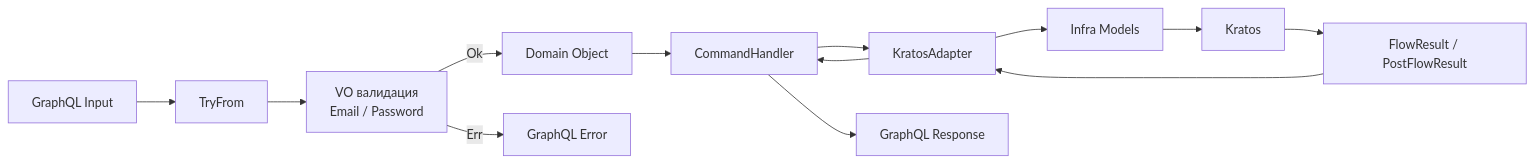
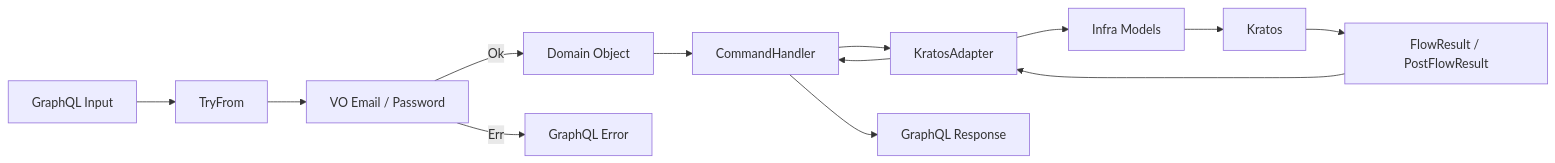
One commit to justventure/engineer-challenge changed the third of 3 diagrams in README.md. Above: the diagram before and after it, drawn with Mermaid. The commit also changed other lines of this file and 2 other files, not shown here.

````diff
--- a/README.md
+++ b/README.md
@@ -98,16 +121,22 @@
 ```mermaid
 flowchart LR
-    Input[GraphQL Input] --> TryFrom[TryFrom]
-    TryFrom --> VO["VO валидация
-Email / Password"]
+    Input[GraphQL Input]
+    Input --> TryFrom[TryFrom]
+
+    TryFrom --> VO[VO Email / Password]
+
     VO -->|Ok| Domain[Domain Object]
     VO -->|Err| Error[GraphQL Error]
+
     Domain --> Handler[CommandHandler]
     Handler --> Adapter[KratosAdapter]
+
     Adapter --> Models[Infra Models]
     Models --> Kratos[Kratos]
+
     Kratos --> Response[FlowResult / PostFlowResult]
+
     Response --> Adapter
     Adapter --> Handler
     Handler --> GQLResponse[GraphQL Response]
 ```
````
